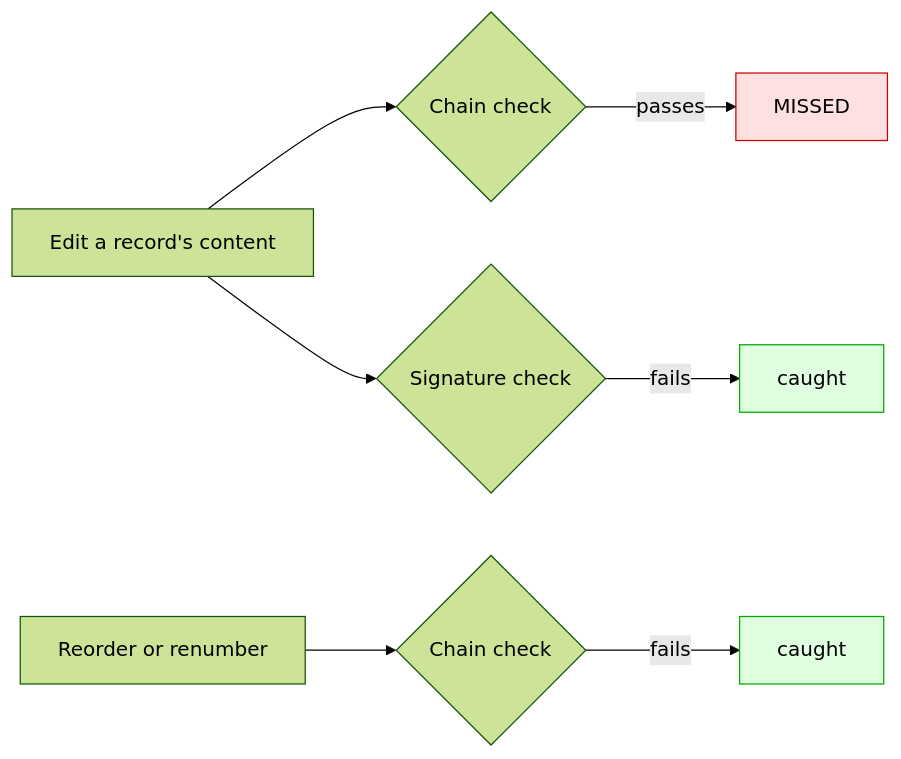
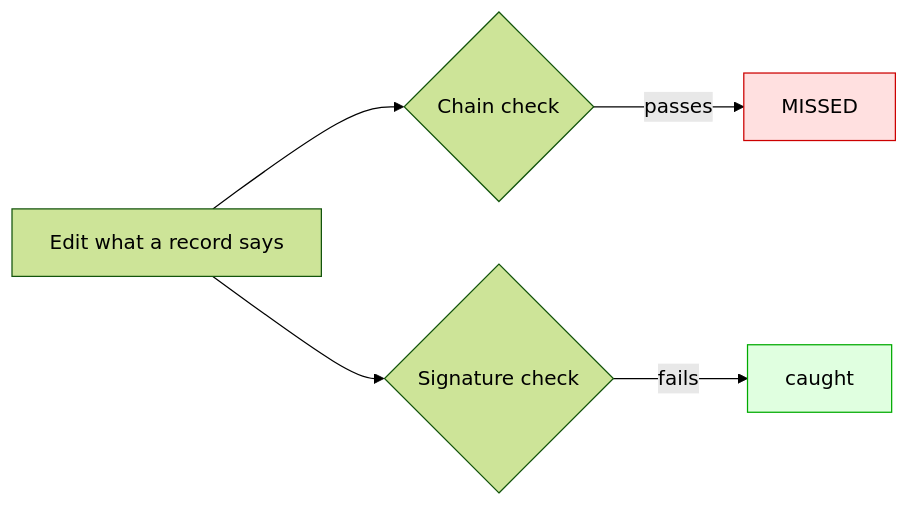
Before and after one commit to mondweep/vibe-cast: the second of 9 diagrams in README.md, drawn with Mermaid (forest theme). The commit also changed other lines of this file, not shown here.

First line of the commit message:
Make diagrams short enough to fit GitHub's viewer

````diff
--- a/README.md
+++ b/README.md
@@ -201,12 +200,9 @@
 ```mermaid
 flowchart LR
-    T1["Edit a record's content"] --> C1{"Chain check"}
-    T1 --> S1{"Signature check"}
-    C1 -->|passes| X1["MISSED"]
-    S1 -->|fails| Y1["caught"]
-    T2["Reorder or renumber"] --> C2{"Chain check"}
-    C2 -->|fails| Y2["caught"]
-    style X1 fill:#ffe0e0,stroke:#c00
-    style Y1 fill:#e0ffe0,stroke:#0a0
-    style Y2 fill:#e0ffe0,stroke:#0a0
+    A["Edit what a record says"] --> B{"Chain check"}
+    A --> C{"Signature check"}
+    B -->|passes| D["MISSED"]
+    C -->|fails| E["caught"]
+    style D fill:#ffe0e0,stroke:#c00
+    style E fill:#e0ffe0,stroke:#0a0
 ```
````
